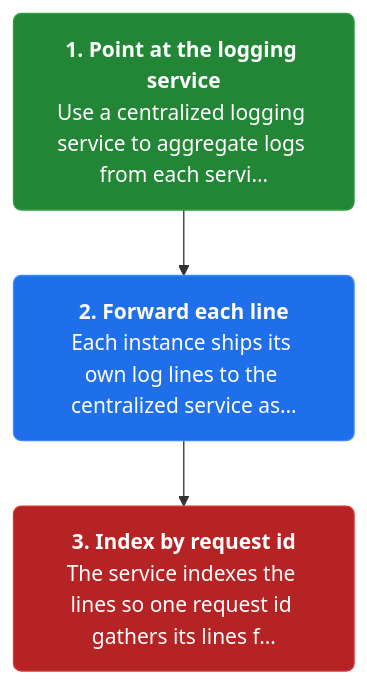
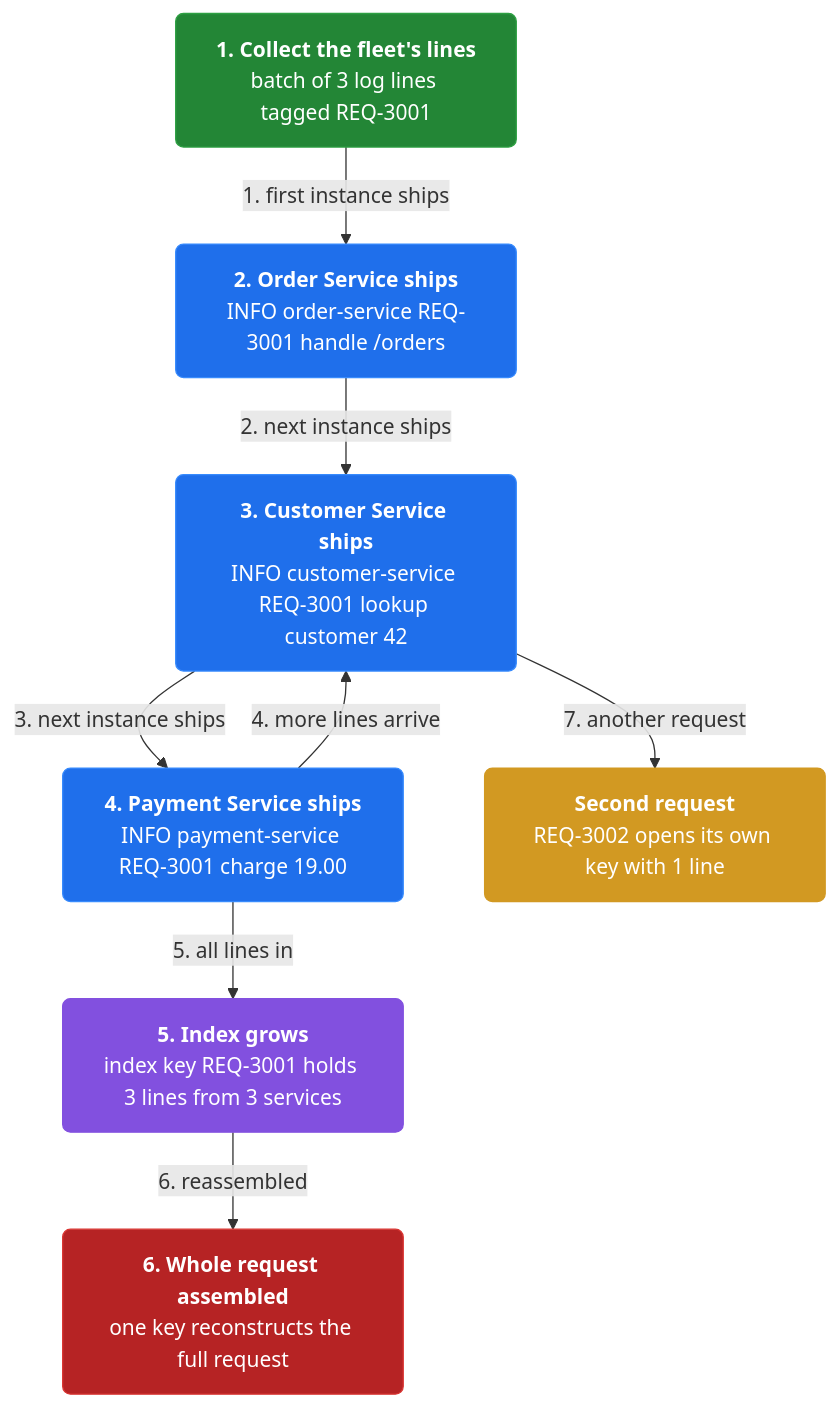
One commit to vinayakuber/microservices-io-study-guide changed the second of 4 diagrams in docs/ch36-log-aggregation.md. Above: the diagram before and after it, drawn with Mermaid. The commit also changed other lines of this file and 46 other files, not shown here.

First line of the commit message:
Author rich branching flow diagrams for all 44 chapters

````diff
--- a/docs/ch36-log-aggregation.md
+++ b/docs/ch36-log-aggregation.md
@@ -49,11 +59,22 @@
 ```mermaid
 flowchart TD
-  classDef step fill:#1f6feb,color:#ffffff,stroke:#388bfd,stroke-width:1px,rx:6
+  classDef step fill:#1f6feb,color:#ffffff,stroke:#388bfd,rx:6
+  classDef core fill:#8250df,color:#ffffff,stroke:#8250df,rx:6
+  classDef warn fill:#d29922,color:#ffffff,stroke:#d29922,rx:6
   classDef start fill:#238636,color:#ffffff,stroke:#2ea043,rx:6
   classDef stop fill:#b62324,color:#ffffff,stroke:#da3633,rx:6
-  s1n0["<b>1. Point at the logging service</b><br/>Use a centralized logging service to aggregate logs from each servi…"]:::start
-  s1n1["<b>2. Forward each line</b><br/>Each instance ships its own log lines to the centralized service as…"]:::step
-  s1n2["<b>3. Index by request id</b><br/>The service indexes the lines so one request id gathers its lines f…"]:::stop
-  s1n0 --> s1n1
-  s1n1 --> s1n2
+n0["<b>1. Collect the fleet's lines</b><br/>batch of 3 log lines tagged REQ-3001"]:::start
+  n1["<b>2. Order Service ships</b><br/>INFO order-service REQ-3001 handle /orders"]:::step
+  n2["<b>3. Customer Service ships</b><br/>INFO customer-service REQ-3001 lookup customer 42"]:::step
+  n3["<b>4. Payment Service ships</b><br/>INFO payment-service REQ-3001 charge 19.00"]:::step
+  n4["<b>5. Index grows</b><br/>index key REQ-3001 holds 3 lines from 3 services"]:::core
+  n5["<b>6. Whole request assembled</b><br/>one key reconstructs the full request"]:::stop
+  n6["<b>Second request</b><br/>REQ-3002 opens its own key with 1 line"]:::warn
+  n0 -->|"1. first instance ships"| n1
+  n1 -->|"2. next instance ships"| n2
+  n2 -->|"3. next instance ships"| n3
+  n3 -->|"4. more lines arrive"| n2
+  n3 -->|"5. all lines in"| n4
+  n4 -->|"6. reassembled"| n5
+  n2 -->|"7. another request"| n6
 ```
````
